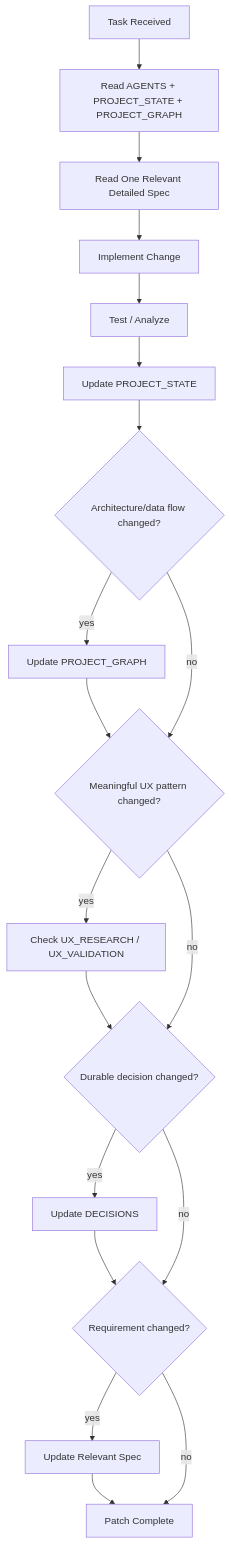
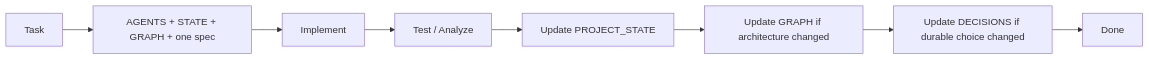
Diagram 11 of 11 in docs/PROJECT_GRAPH.md (aaditya140103/kola), drawn with Mermaid before and after one commit. The commit also changed other lines of this file, not shown here.

Commit message:
docs: update compact architecture graph for pdf reader

````diff
--- a/docs/PROJECT_GRAPH.md
+++ b/docs/PROJECT_GRAPH.md
@@ -487,28 +250,13 @@
 ```mermaid
-flowchart TD
-    Task[Task Received]
-    Read[Read AGENTS + PROJECT_STATE + PROJECT_GRAPH]
-    Spec[Read One Relevant Detailed Spec]
-    Change[Implement Change]
+flowchart LR
+    Task[Task]
+    Read[AGENTS + STATE + GRAPH + one spec]
+    Change[Implement]
     Test[Test / Analyze]
     State[Update PROJECT_STATE]
-    Arch{Architecture/data flow changed?}
-    UX{Meaningful UX pattern changed?}
-    Decision{Durable decision changed?}
-    Req{Requirement changed?}
-    Graph[Update PROJECT_GRAPH]
-    Validate[Check UX_RESEARCH / UX_VALIDATION]
-    ADR[Update DECISIONS]
-    Detail[Update Relevant Spec]
-    Done[Patch Complete]
+    Graph[Update GRAPH if architecture changed]
+    Decision[Update DECISIONS if durable choice changed]
+    Done[Done]
 
-    Task --> Read --> Spec --> Change --> Test --> State --> Arch
-    Arch -- yes --> Graph --> UX
-    Arch -- no --> UX
-    UX -- yes --> Validate --> Decision
-    UX -- no --> Decision
-    Decision -- yes --> ADR --> Req
-    Decision -- no --> Req
-    Req -- yes --> Detail --> Done
-    Req -- no --> Done
+    Task --> Read --> Change --> Test --> State --> Graph --> Decision --> Done
 ```
````
